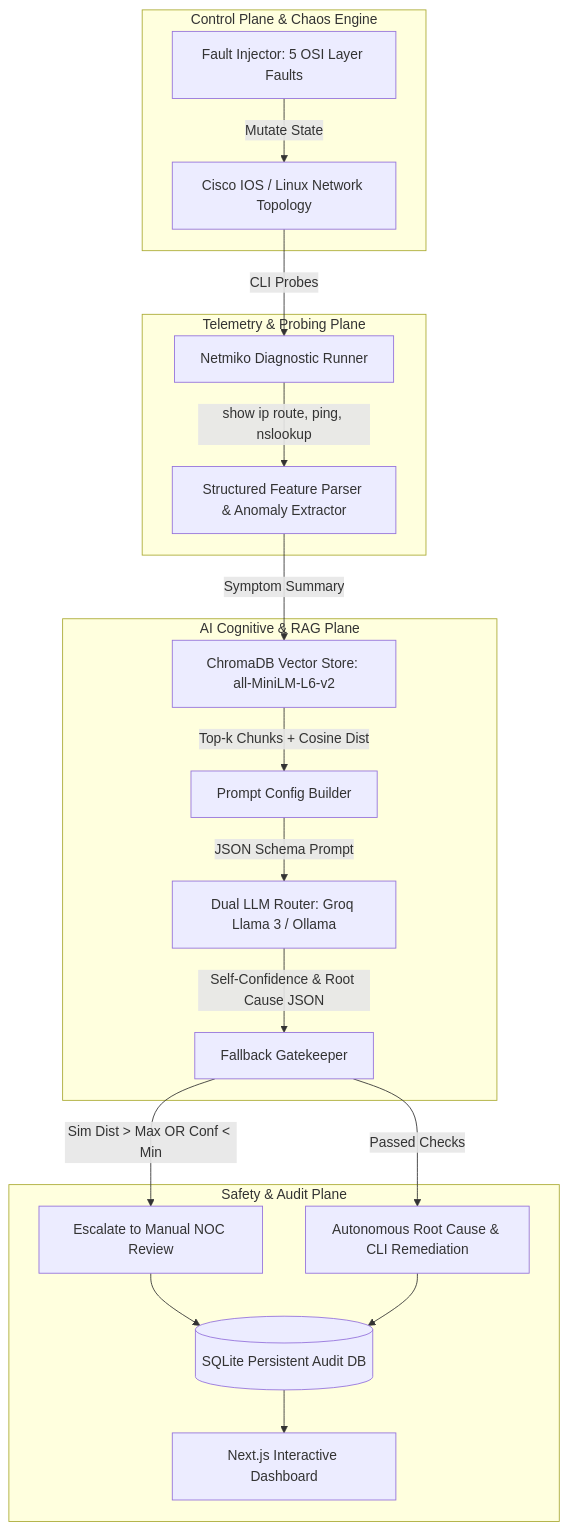
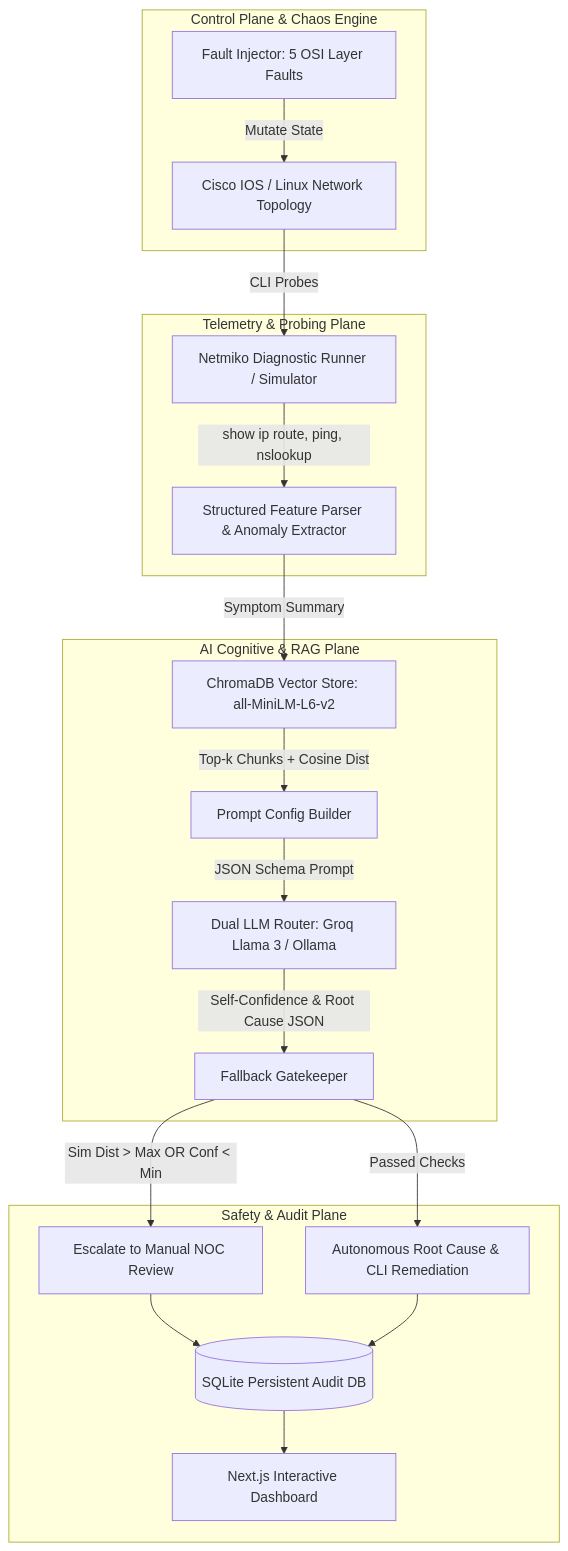
One commit to priyanshusharma-dev/NetSage changed the diagram in README.md. Above: the diagram before and after it, drawn with Mermaid. The commit also changed other lines of this file and 14 other files, not shown here.

````diff
--- a/README.md
+++ b/README.md
@@ -40,26 +48,26 @@
 ```mermaid
 flowchart TD
     subgraph Control_Plane ["Control Plane & Chaos Engine"]
         A[Fault Injector: 5 OSI Layer Faults] -->|Mutate State| B[Cisco IOS / Linux Network Topology]
     end
 
     subgraph Data_Plane ["Telemetry & Probing Plane"]
-        B -->|CLI Probes| C[Netmiko Diagnostic Runner]
+        B -->|CLI Probes| C[Netmiko Diagnostic Runner / Simulator]
         C -->|show ip route, ping, nslookup| D[Structured Feature Parser & Anomaly Extractor]
     end
 
     subgraph Cognitive_Plane ["AI Cognitive & RAG Plane"]
         D -->|Symptom Summary| E[ChromaDB Vector Store: all-MiniLM-L6-v2]
         E -->|Top-k Chunks + Cosine Dist| F[Prompt Config Builder]
         F -->|JSON Schema Prompt| G[Dual LLM Router: Groq Llama 3 / Ollama]
         G -->|Self-Confidence & Root Cause JSON| H[Fallback Gatekeeper]
     end
 
     subgraph Safety_Plane ["Safety & Audit Plane"]
         H -->|Sim Dist > Max OR Conf < Min| I[Escalate to Manual NOC Review]
         H -->|Passed Checks| J[Autonomous Root Cause & CLI Remediation]
         I --> K[(SQLite Persistent Audit DB)]
         J --> K
         K --> L[Next.js Interactive Dashboard]
     end
 ```
````
